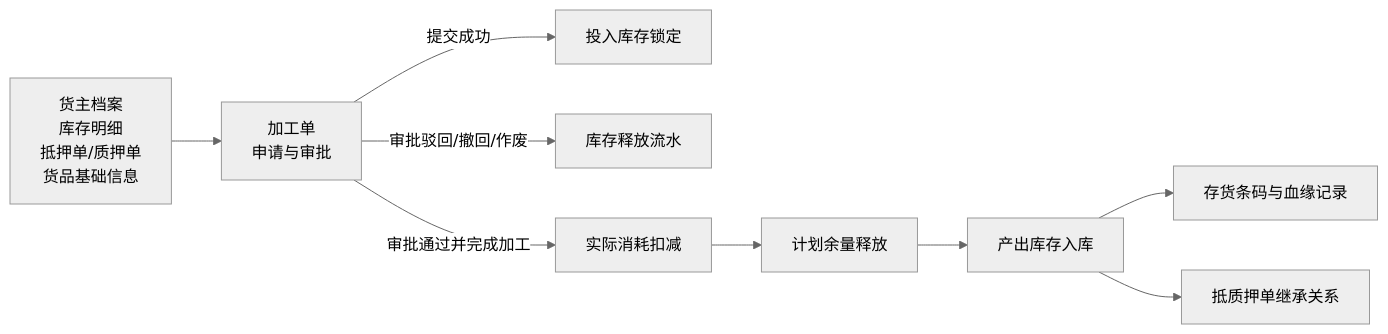
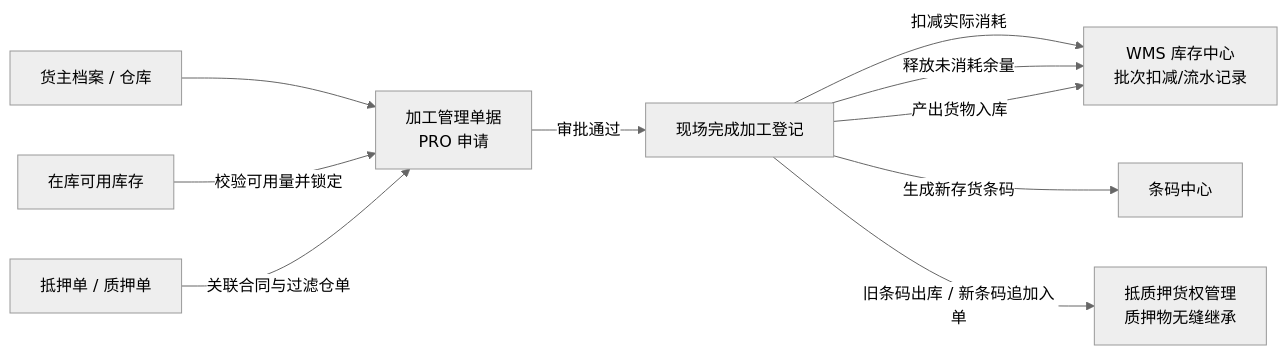
One commit to RobertHuang999/SYZC changed the diagram in 02-PRD文档/B-迭代需求/6.1版本（2026.07）/加工管理/加工管理主PRD.md. Above: the diagram before and after it, drawn with Mermaid (neutral theme). The commit also changed other lines of this file and 146 other files, not shown here.

````diff
--- a/02-PRD文档/B-迭代需求/6.1版本（2026.07）/加工管理/加工管理主PRD.md
+++ b/02-PRD文档/B-迭代需求/6.1版本（2026.07）/加工管理/加工管理主PRD.md
@@ -77,11 +34,12 @@
 ```mermaid
 flowchart LR
-    A[货主档案<br/>库存明细<br/>抵押单/质押单<br/>货品基础信息] --> B[加工单<br/>申请与审批]
-    B -->|提交成功| C[投入库存锁定]
-    B -->|审批驳回/撤回/作废| D[库存释放流水]
-    B -->|审批通过并完成加工| E[实际消耗扣减]
-    E --> F[计划余量释放]
-    F --> G[产出库存入库]
-    G --> H[存货条码与血缘记录]
-    G --> I[抵质押单继承关系]
+    A[货主档案 / 仓库] --> D[加工管理单据<br/>PRO 申请]
+    B[在库可用库存] -->|校验可用量并锁定| D
+    C[抵押单 / 质押单] -->|关联合同与过滤仓单| D
+    D -->|审批通过| E[现场完成加工登记]
+    E -->|扣减实际消耗| F[WMS 库存中心<br/>批次扣减/流水记录]
+    E -->|释放未消耗余量| F
+    E -->|产出货物入库| F
+    E -->|生成新存货条码| G[条码中心]
+    E -->|旧条码出库 / 新条码追加入单| H[抵质押货权管理<br/>质押物无缝继承]
 ```
````
